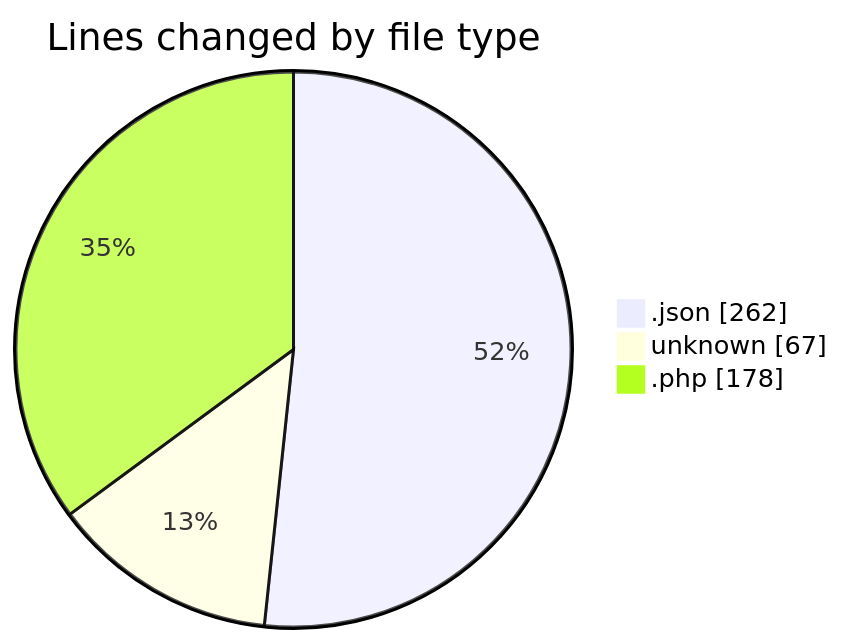
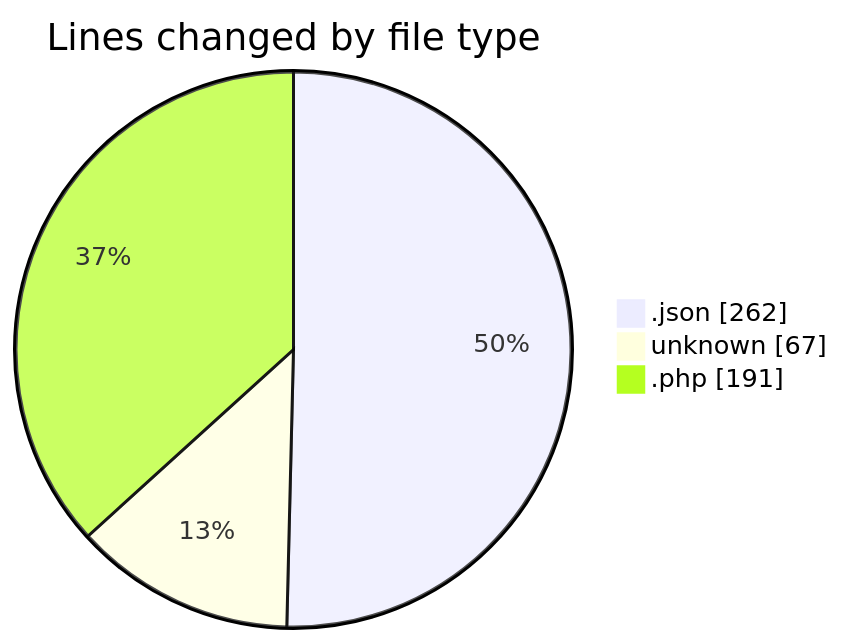
One commit to idhammustaqopulfikri/code-tracking changed the first of 2 diagrams in 2025-10-05/laravel-penyewaan-lapangan-futsal/README.md. Above: the diagram before and after it, drawn with Mermaid. The commit also changed other lines of this file and 1 other file, not shown here.

````diff
--- a/2025-10-05/laravel-penyewaan-lapangan-futsal/README.md
+++ b/2025-10-05/laravel-penyewaan-lapangan-futsal/README.md
@@ -22,7 +22,7 @@
 ```mermaid
 pie showData
 title Lines changed by file type
 ".json" : 262
 "unknown" : 67
-".php" : 178
+".php" : 191
 ```
````
